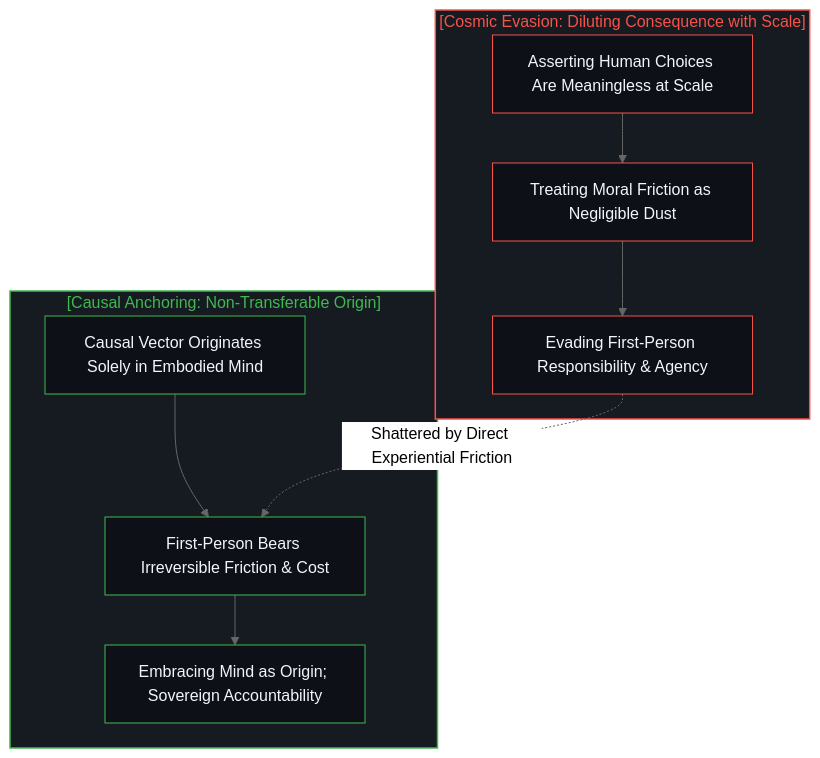
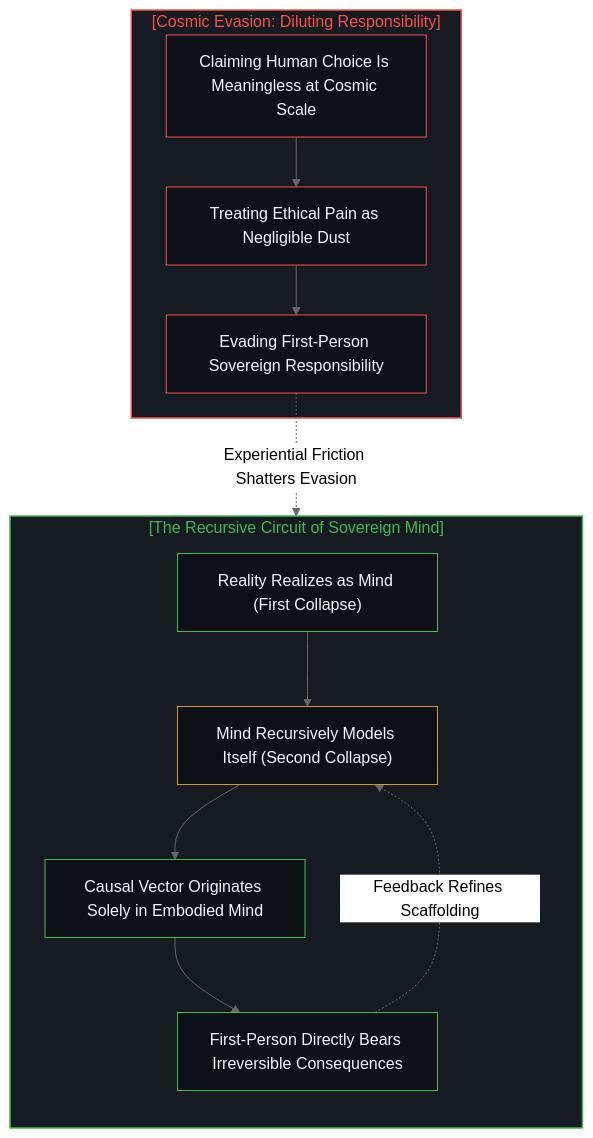
One commit to powerpig99/not-a-toe changed the eighth of 8 diagrams in content/posts/one-cannot-escape-ones-own-mind.md. Above: the diagram before and after it, drawn with Mermaid (neutral theme). The commit also changed other lines of this file and 2 other files, not shown here.

Commit message:
Enhance Post #332: Integrate two-fold dimensional collapse and historical modeling inversion

````diff
--- a/content/posts/one-cannot-escape-ones-own-mind.md
+++ b/content/posts/one-cannot-escape-ones-own-mind.md
@@ -239,23 +279,27 @@
 ```mermaid
 flowchart TD
-    subgraph S_EscapeEvasion_EN ["[Cosmic Evasion: Diluting Consequence with Scale]"]
-        EE1["Asserting Human Choices Are Meaningless at Scale"] --> EE2["Treating Moral Friction as Negligible Dust"]
-        EE2 --> EE3["Evading First-Person Responsibility & Agency"]
+    subgraph S_RecursiveReality_EN ["[The Recursive Circuit of Sovereign Mind]"]
+        direction TB
+        RLE1["Reality Realizes as Mind (First Collapse)"] --> RLE2["Mind Recursively Models Itself (Second Collapse)"]
+        RLE2 --> RLE3["Causal Vector Originates Solely in Embodied Mind"]
+        RLE3 --> RLE4["First-Person Directly Bears Irreversible Consequences"]
+        RLE4 -.->|"Feedback Refines Scaffolding"| RLE2
     end
 
-    subgraph S_LivingRealism_EN ["[Causal Anchoring: Non-Transferable Origin]"]
-        RE1["Causal Vector Originates Solely in Embodied Mind"] --> RE2["First-Person Bears Irreversible Friction & Cost"]
-        RE2 --> RE3["Embracing Mind as Origin; Sovereign Accountability"]
+    subgraph S_NihilisticEvasion_EN ["[Cosmic Evasion: Diluting Responsibility]"]
+        NEE1["Claiming Human Choice Is Meaningless at Cosmic Scale"] --> NEE2["Treating Ethical Pain as Negligible Dust"]
+        NEE2 --> NEE3["Evading First-Person Sovereign Responsibility"]
     end
 
-    EE3 -.->|"Shattered by Direct Experiential Friction"| RE2
+    NEE3 -.->|"Experiential Friction Shatters Evasion"| RLE4
 
-    style S_EscapeEvasion_EN fill:#161b22,stroke:#f85149,stroke-width:1.5px,color:#f85149
-    style S_LivingRealism_EN fill:#161b22,stroke:#3fb950,stroke-width:1.5px,color:#3fb950
-    style EE1 fill:#0d1117,stroke:#f85149,stroke-width:1px,color:#f0f6fc
-    style EE2 fill:#0d1117,stroke:#f85149,stroke-width:1px,color:#f0f6fc
-    style EE3 fill:#0d1117,stroke:#f85149,stroke-width:1px,color:#f0f6fc
-    style RE1 fill:#0d1117,stroke:#3fb950,stroke-width:1px,color:#f0f6fc
-    style RE2 fill:#0d1117,stroke:#3fb950,stroke-width:1px,color:#f0f6fc
-    style RE3 fill:#0d1117,stroke:#3fb950,stroke-width:1px,color:#f0f6fc
+    style S_RecursiveReality_EN fill:#161b22,stroke:#3fb950,stroke-width:1.5px,color:#3fb950
+    style S_NihilisticEvasion_EN fill:#161b22,stroke:#f85149,stroke-width:1.5px,color:#f85149
+    style RLE1 fill:#0d1117,stroke:#3fb950,stroke-width:1px,color:#f0f6fc
+    style RLE2 fill:#0d1117,stroke:#d29922,stroke-width:1px,color:#f0f6fc
+    style RLE3 fill:#0d1117,stroke:#3fb950,stroke-width:1px,color:#f0f6fc
+    style RLE4 fill:#0d1117,stroke:#3fb950,stroke-width:1px,color:#f0f6fc
+    style NEE1 fill:#0d1117,stroke:#f85149,stroke-width:1px,color:#f0f6fc
+    style NEE2 fill:#0d1117,stroke:#f85149,stroke-width:1px,color:#f0f6fc
+    style NEE3 fill:#0d1117,stroke:#f85149,stroke-width:1px,color:#f0f6fc
 ```
````
